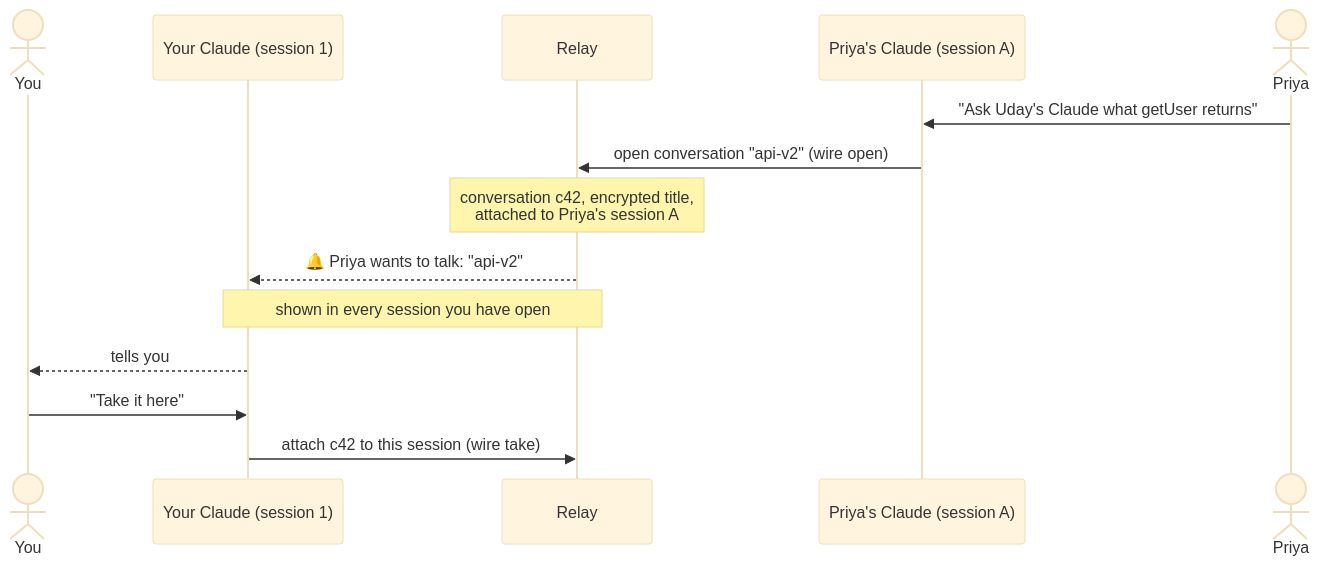
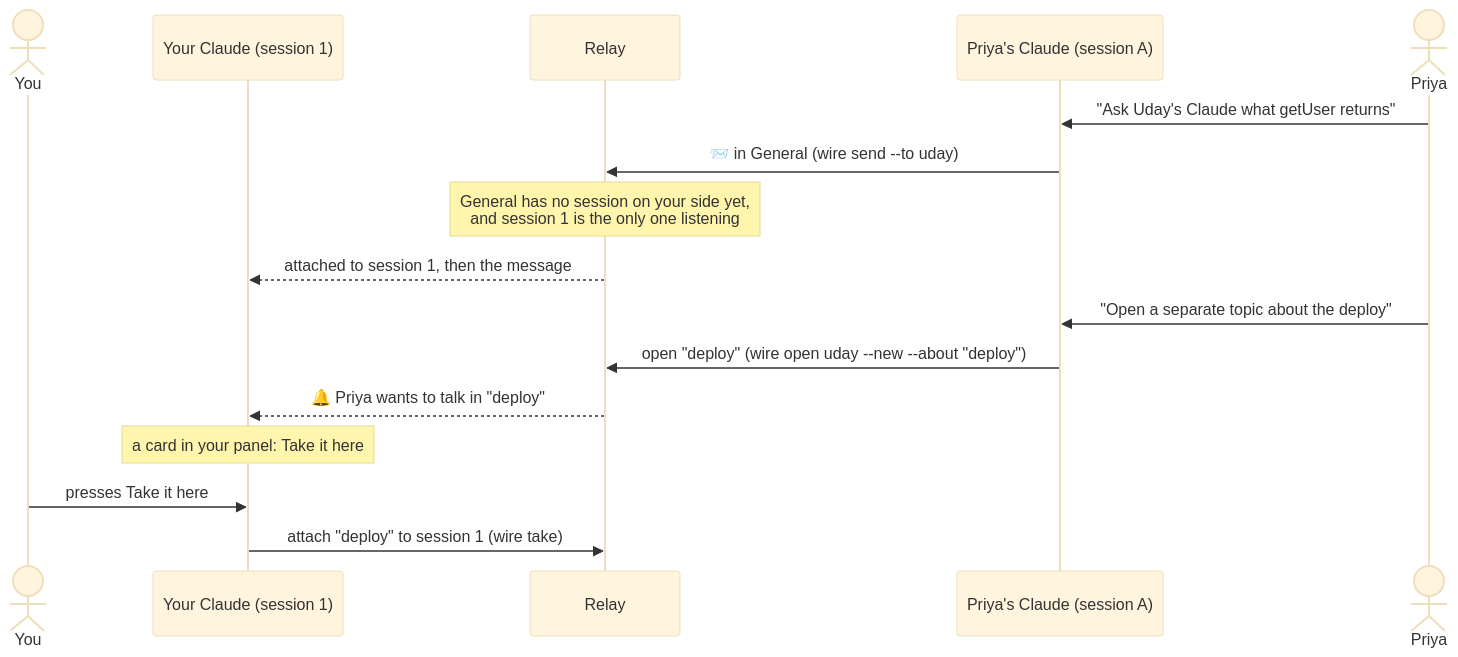
One commit to KilroyHere/wire-relay changed the fourth of 7 diagrams in docs/FLOW.md. Above: the diagram before and after it, drawn with Mermaid (base theme). The commit also changed other lines of this file and 4 other files, not shown here.

First line of the commit message:
docs: bring the flow, READMEs, CLAUDE.md and the plan up to date

````diff
--- a/docs/FLOW.md
+++ b/docs/FLOW.md
@@ -77,16 +80,18 @@
 ```mermaid
 sequenceDiagram
     actor U as You
     participant UC as Your Claude (session 1)
     participant R as Relay
     participant PC as Priya's Claude (session A)
     actor P as Priya
     P->>PC: "Ask Uday's Claude what getUser returns"
-    PC->>R: open conversation "api-v2" (wire open)
-    Note over R: conversation c42, encrypted title,<br/>attached to Priya's session A
-    R-->>UC: 🔔 Priya wants to talk: "api-v2"
-    Note over R,UC: shown in every session you have open
-    UC-->>U: tells you
-    U->>UC: "Take it here"
-    UC->>R: attach c42 to this session (wire take)
+    PC->>R: 📨 in General (wire send --to uday)
+    Note over R: General has no session on your side yet,<br/>and session 1 is the only one listening
+    R-->>UC: attached to session 1, then the message
+    P->>PC: "Open a separate topic about the deploy"
+    PC->>R: open "deploy" (wire open uday --new --about "deploy")
+    R-->>UC: 🔔 Priya wants to talk in "deploy"
+    Note over UC: a card in your panel: Take it here
+    U->>UC: presses Take it here
+    UC->>R: attach "deploy" to session 1 (wire take)
 ```
````
